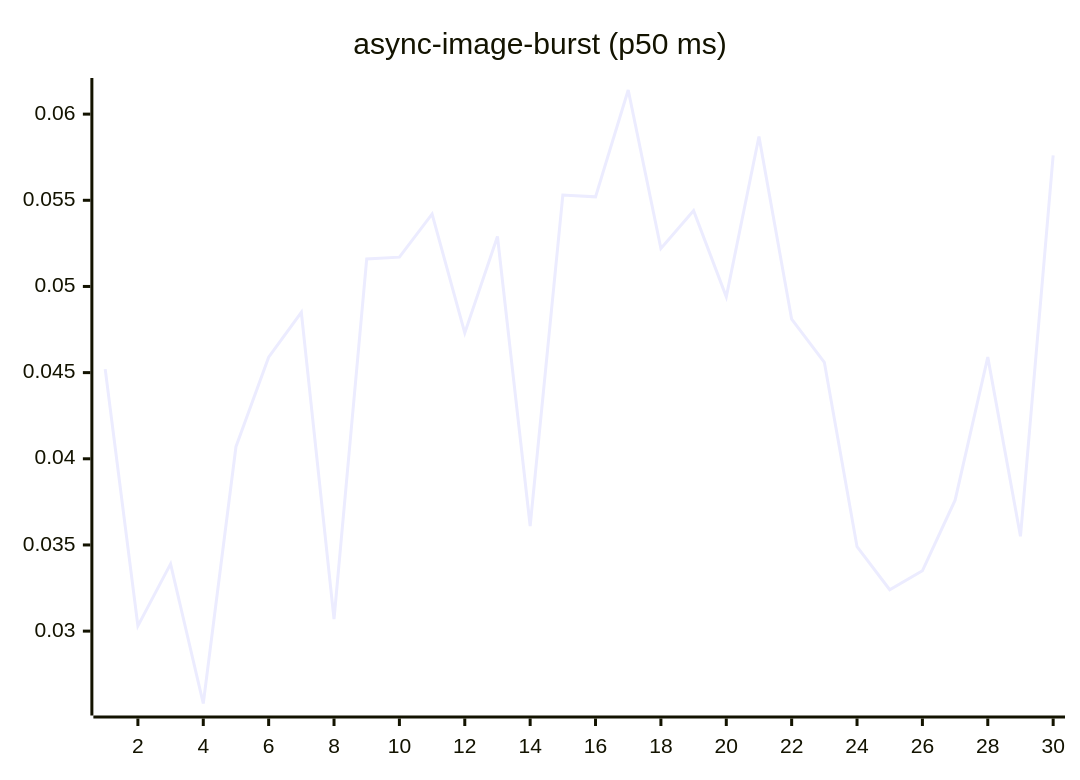
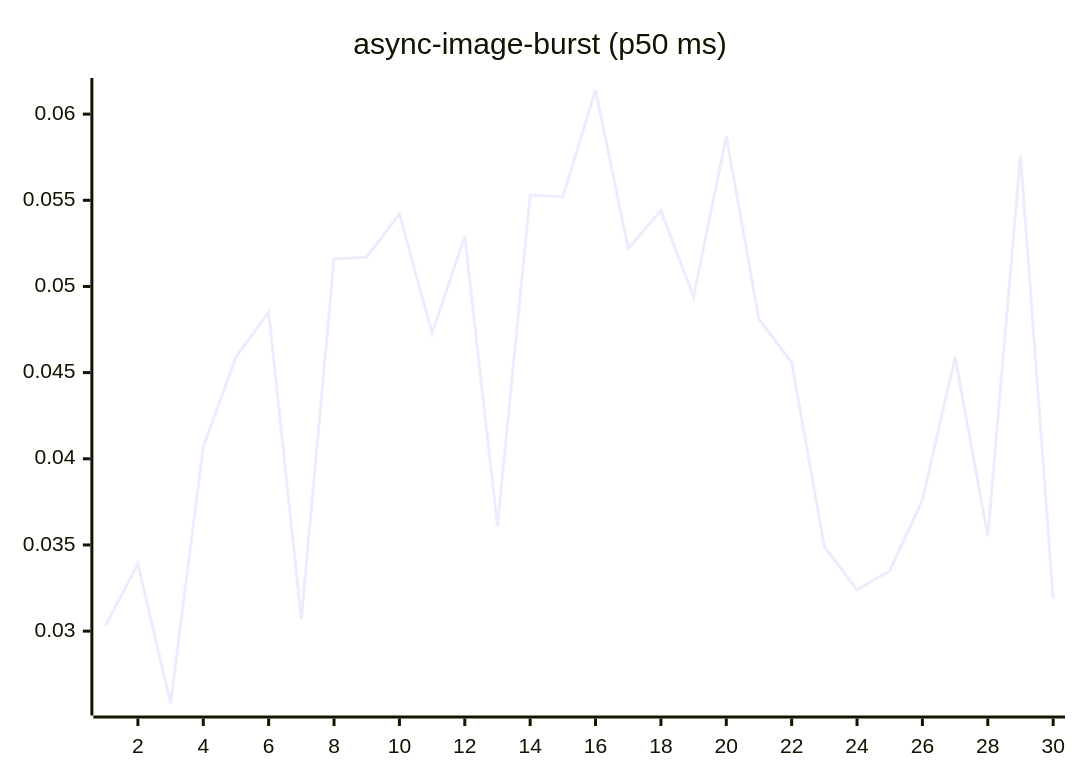
Before and after one commit to josha/Facet: the fourth of 27 diagrams in README.md, drawn with Mermaid. The commit also changed other lines of this file and 2 other files, not shown here.

````diff
--- a/README.md
+++ b/README.md
@@ -84,6 +84,6 @@
 ```mermaid
 xychart-beta
     title "async-image-burst (p50 ms)"
     x-axis 1 --> 30
-    line [0.0452, 0.0303, 0.0339, 0.0258, 0.0407, 0.0459, 0.0485, 0.0307, 0.0516, 0.0517, 0.0542, 0.0473, 0.0529, 0.0361, 0.0553, 0.0552, 0.0614, 0.0522, 0.0544, 0.0494, 0.0587, 0.0481, 0.0456, 0.0349, 0.0324, 0.0335, 0.0376, 0.0459, 0.0355, 0.0576]
+    line [0.0303, 0.0339, 0.0258, 0.0407, 0.0459, 0.0485, 0.0307, 0.0516, 0.0517, 0.0542, 0.0473, 0.0529, 0.0361, 0.0553, 0.0552, 0.0614, 0.0522, 0.0544, 0.0494, 0.0587, 0.0481, 0.0456, 0.0349, 0.0324, 0.0335, 0.0376, 0.0459, 0.0355, 0.0576, 0.0319]
 ```
````
